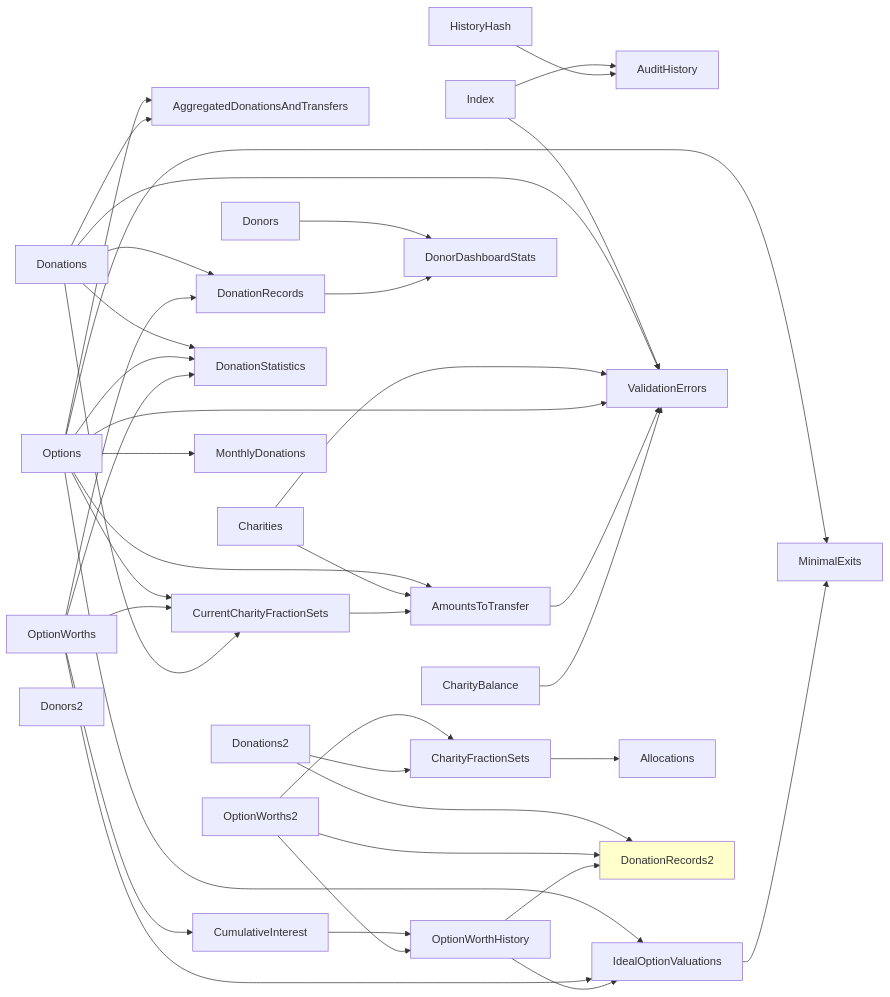
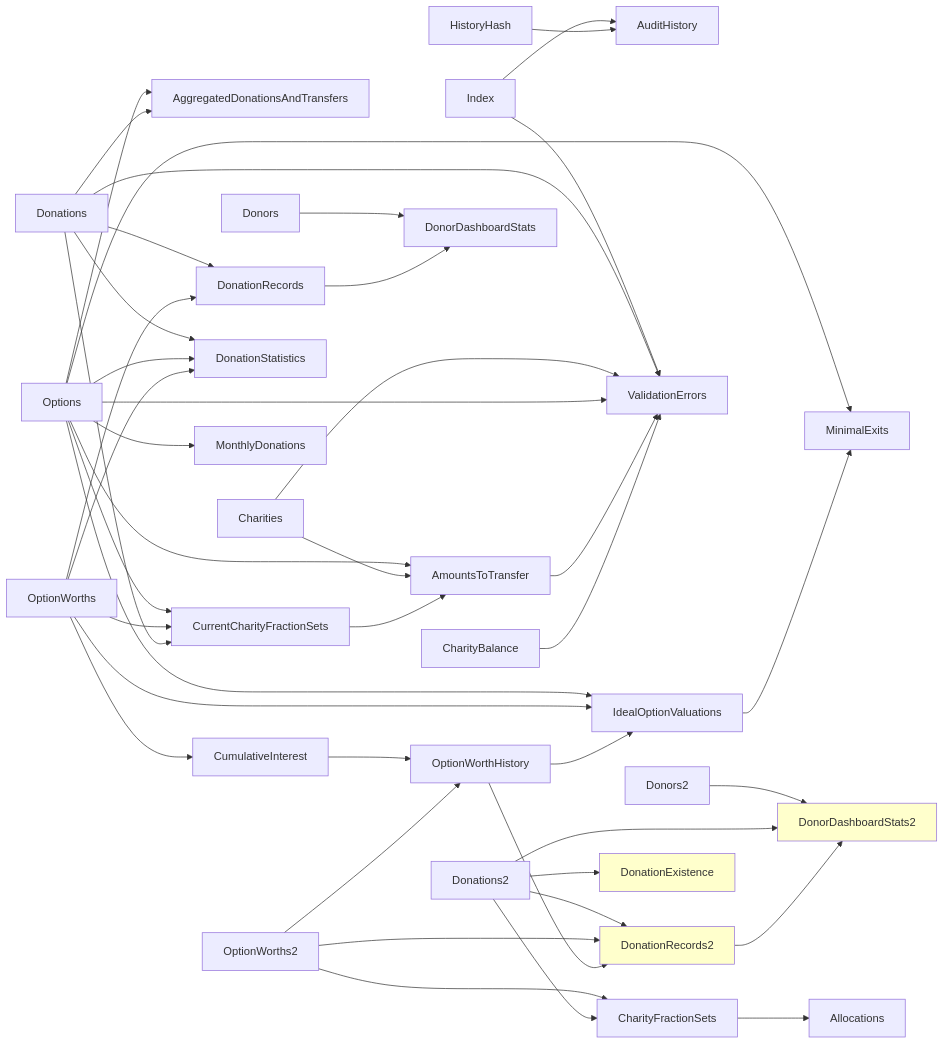
One commit to joost-morsink/FF-admin-module changed the second of 2 diagrams in wiki/calculator.md. Above: the diagram before and after it, drawn with Mermaid. The commit also changed 3 other files, not shown here.

Commit message:
Add DonationExistence calculator [GIVE4GOOD-855]

````diff
--- a/wiki/calculator.md
+++ b/wiki/calculator.md
@@ -94,56 +94,59 @@
 ```mermaid
 graph LR
     classDef calc fill:#ffc;
     Options --> AggregatedDonationsAndTransfers
     Donations --> AggregatedDonationsAndTransfers
     Options --> AmountsToTransfer
     Charities --> AmountsToTransfer
     CurrentCharityFractionSets --> AmountsToTransfer
     Index --> AuditHistory
     HistoryHash --> AuditHistory
     CharityBalance
     OptionWorths --> CumulativeInterest
     Options --> CurrentCharityFractionSets
     OptionWorths --> CurrentCharityFractionSets
     Donations --> CurrentCharityFractionSets
     Donations --> DonationRecords
     OptionWorths --> DonationRecords
     Donations --> DonationStatistics
     Options --> DonationStatistics
     OptionWorths --> DonationStatistics
     Donors --> DonorDashboardStats
     DonationRecords --> DonorDashboardStats
     Options --> IdealOptionValuations
     OptionWorths --> IdealOptionValuations
     Options --> MinimalExits
     IdealOptionValuations --> MinimalExits
     CumulativeInterest --> OptionWorthHistory
     OptionWorthHistory --> IdealOptionValuations
     Index --> ValidationErrors
     Donations --> ValidationErrors
     Charities --> ValidationErrors
     Options --> ValidationErrors
     AmountsToTransfer --> ValidationErrors
     CharityBalance --> ValidationErrors
     Options --> MonthlyDonations
 
     OptionWorths2 --> OptionWorthHistory
     OptionWorths2 --> CharityFractionSets
     Donations2 --> CharityFractionSets
-    Donors2
+    Donors2 --> DonorDashboardStats2:::calc
+    Donations2 --> DonorDashboardStats2
+    DonationRecords2 --> DonorDashboardStats2
+    Donations2 --> DonationExistence:::calc
     CharityFractionSets --> Allocations
 
     Donations2 --> DonationRecords2:::calc
     OptionWorths2 --> DonationRecords2
     OptionWorthHistory --> DonationRecords2
 
     click Index "./models/index"
     click HistoryHash "./models/history_hash"
     click Options "./models/options"
     click ValidationErrors "./models/validation_errors"
     click Donations "./models/donations"
     click OptionWorths "./models/option_worths"
     click IdealOptionValuations "./models/ideal_option_valuations"
     click MinimalExits "./models/minimal_exits"
     click MonthlyDonations "./models/monthly_donations"
 ```
````
